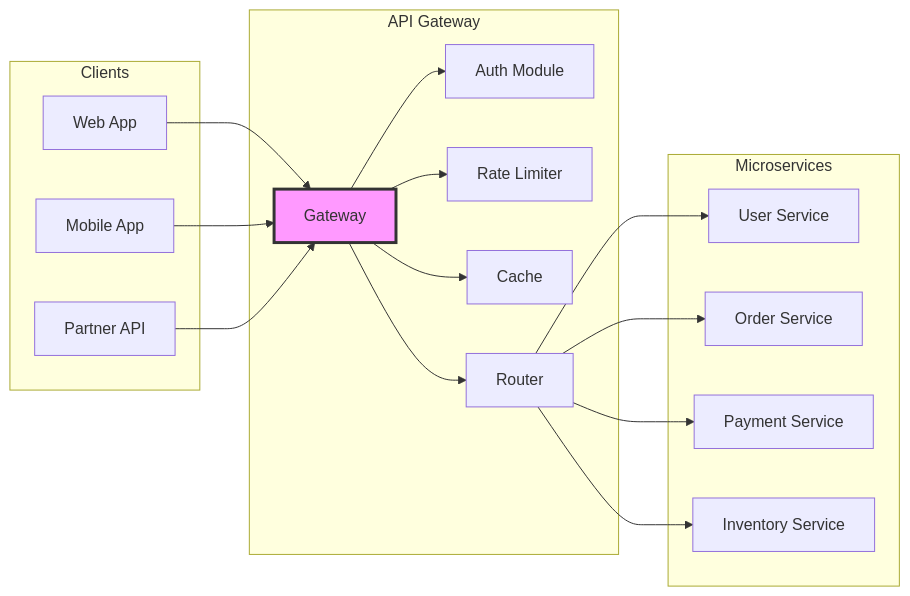
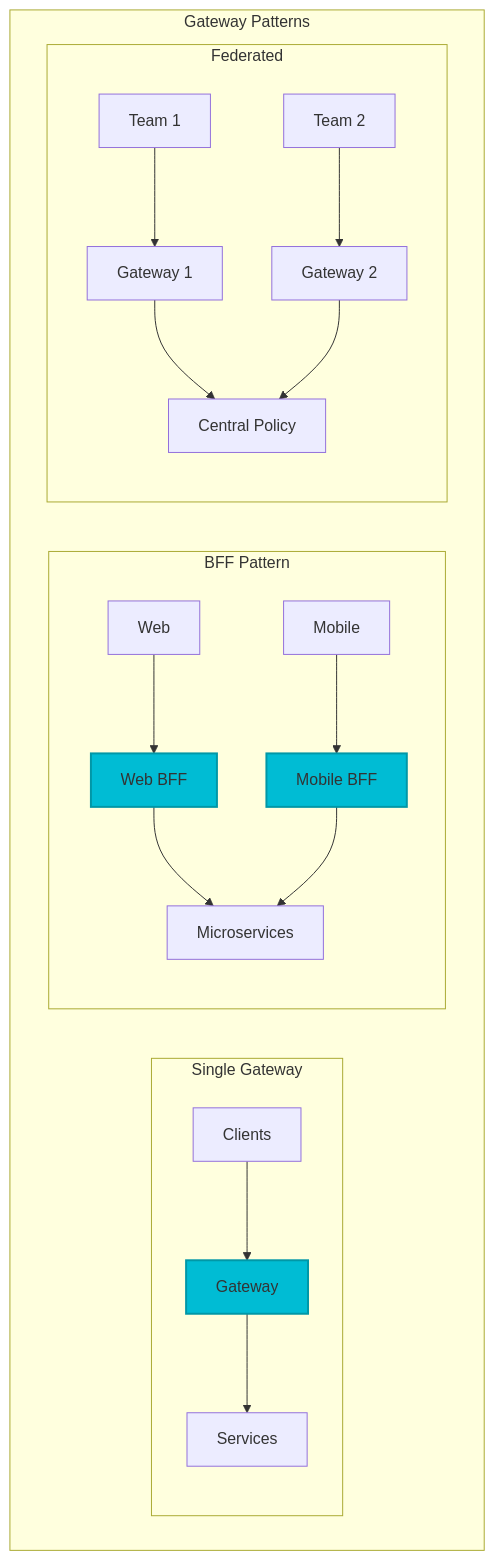
Before and after one commit to deepaucksharma/DStudio: the second of 6 diagrams in docs/pattern-library/communication/api-gateway.md, drawn with Mermaid. The commit also changed other lines of this file and 8 other files, not shown here.

````diff
--- a/docs/pattern-library/communication/api-gateway.md
+++ b/docs/pattern-library/communication/api-gateway.md
@@ -190,39 +174,26 @@
 ```mermaid
-graph LR
- subgraph "Clients"
- WEB[Web App]
- MOB[Mobile App]
- API[Partner API]
- end
- 
- subgraph "API Gateway"
- GW[Gateway]
- AUTH[Auth Module]
- RL[Rate Limiter]
- CACHE[Cache]
- ROUTE[Router]
- end
- 
- subgraph "Microservices"
- US[User Service]
- OS[Order Service]
- PS[Payment Service]
- IS[Inventory Service]
- end
- 
- WEB --> GW
- MOB --> GW
- API --> GW
- 
- GW --> AUTH
- GW --> RL
- GW --> CACHE
- GW --> ROUTE
- 
- ROUTE --> US
- ROUTE --> OS
- ROUTE --> PS
- ROUTE --> IS
- 
- style GW fill:#f9f,stroke:#333,stroke-width:3px
+graph TD
+    subgraph "Gateway Patterns"
+        subgraph "Single Gateway"
+            C1[Clients] --> G1[Gateway] --> S1[Services]
+        end
+        
+        subgraph "BFF Pattern"
+            WEB[Web] --> WBFF[Web BFF]
+            MOB[Mobile] --> MBFF[Mobile BFF]
+            WBFF --> MS1[Microservices]
+            MBFF --> MS1
+        end
+        
+        subgraph "Federated"
+            T1[Team 1] --> G2[Gateway 1]
+            T2[Team 2] --> G3[Gateway 2]
+            G2 --> CP[Central Policy]
+            G3 --> CP
+        end
+    end
+    
+    style G1 fill:#00BCD4,stroke:#0097a7,stroke-width:2px
+    style WBFF fill:#00BCD4,stroke:#0097a7,stroke-width:2px
+    style MBFF fill:#00BCD4,stroke:#0097a7,stroke-width:2px
 ```
````
